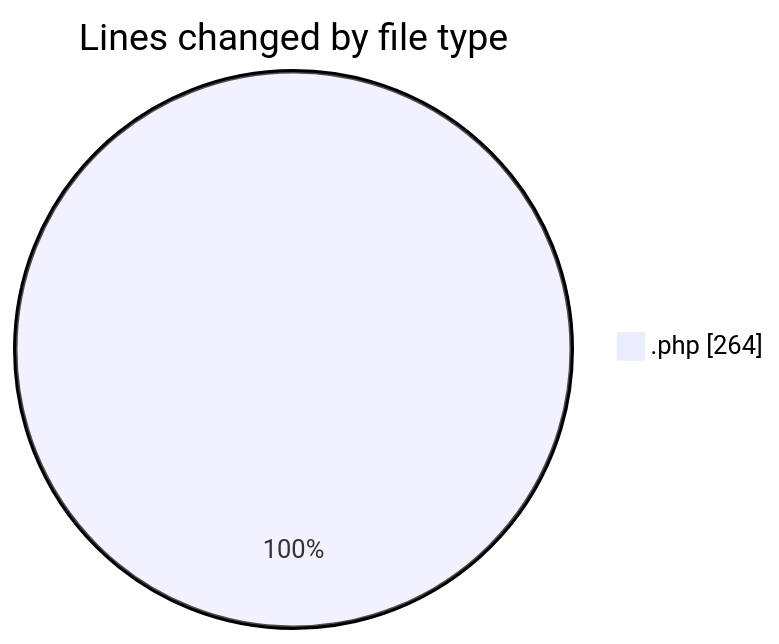
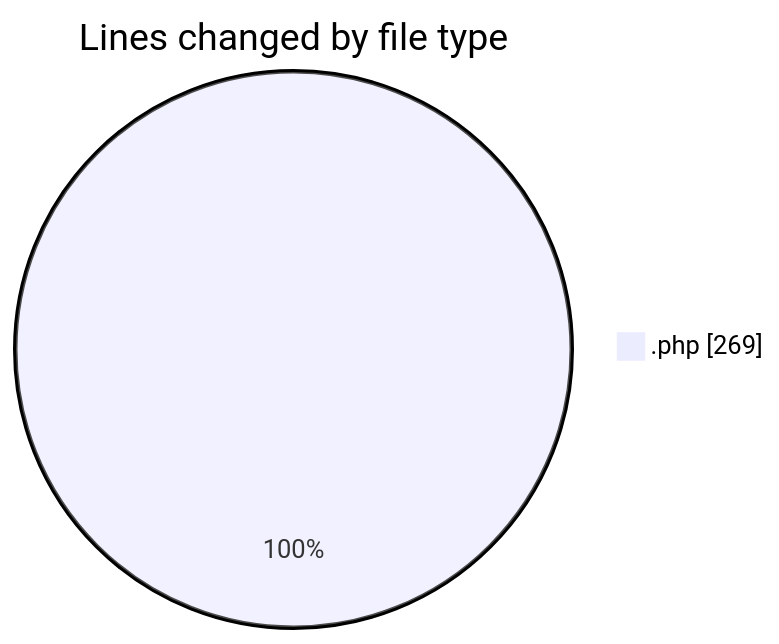
One commit to LanceThiago/code-tracking changed the first of 2 diagrams in 2026-08-26/oficina/README.md. Above: the diagram before and after it, drawn with Mermaid. The commit also changed other lines of this file and 1 other file, not shown here.

````diff
--- a/2026-08-26/oficina/README.md
+++ b/2026-08-26/oficina/README.md
@@ -20,5 +20,5 @@
 ```mermaid
 pie showData
 title Lines changed by file type
-".php" : 264
+".php" : 269
 ```
````
